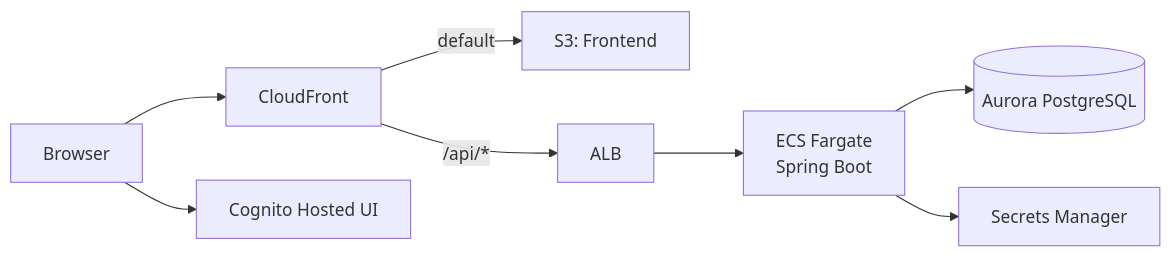
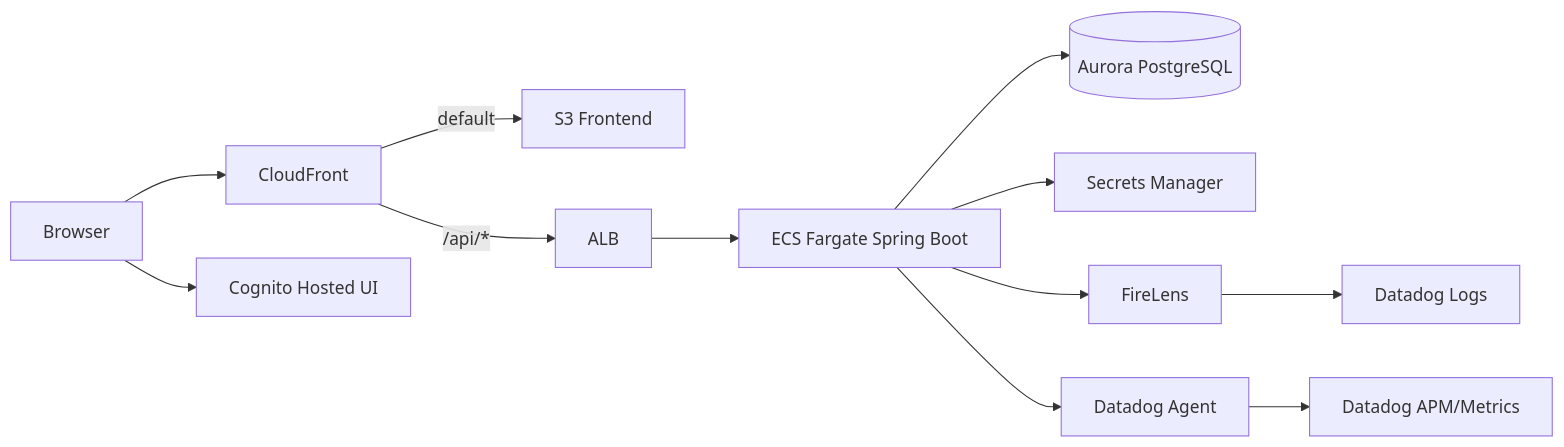
The diagram in README.md (rafty/Todo-ECS-Observability-Sample), drawn with Mermaid before and after one commit. The commit also changed other lines of this file and 25 other files, not shown here.

First line of the commit message:
feat(o11y): Datadog Agent + FireLens を CDK に統合し、Spring O11y を Micrometer/OTel 方針へ再編

````diff
--- a/README.md
+++ b/README.md
@@ -8,10 +7,14 @@
 ```mermaid
 flowchart LR
   U[Browser] --> CF[CloudFront]
-  CF -->|default| S3[S3: Frontend]
+  CF -->|default| S3[S3 Frontend]
   CF -->|/api/*| ALB[ALB]
-  ALB --> ECS[ECS Fargate<br/>Spring Boot]
-  ECS --> RDS[(Aurora PostgreSQL)]
+  ALB --> ECS[ECS Fargate Spring Boot]
+  ECS --> DB[(Aurora PostgreSQL)]
   ECS --> SM[Secrets Manager]
+  ECS --> FL[FireLens]
+  ECS --> AG[Datadog Agent]
+  FL --> DDLOG[Datadog Logs]
+  AG --> DDAPM[Datadog APM/Metrics]
   U --> COG[Cognito Hosted UI]
 ```
````
